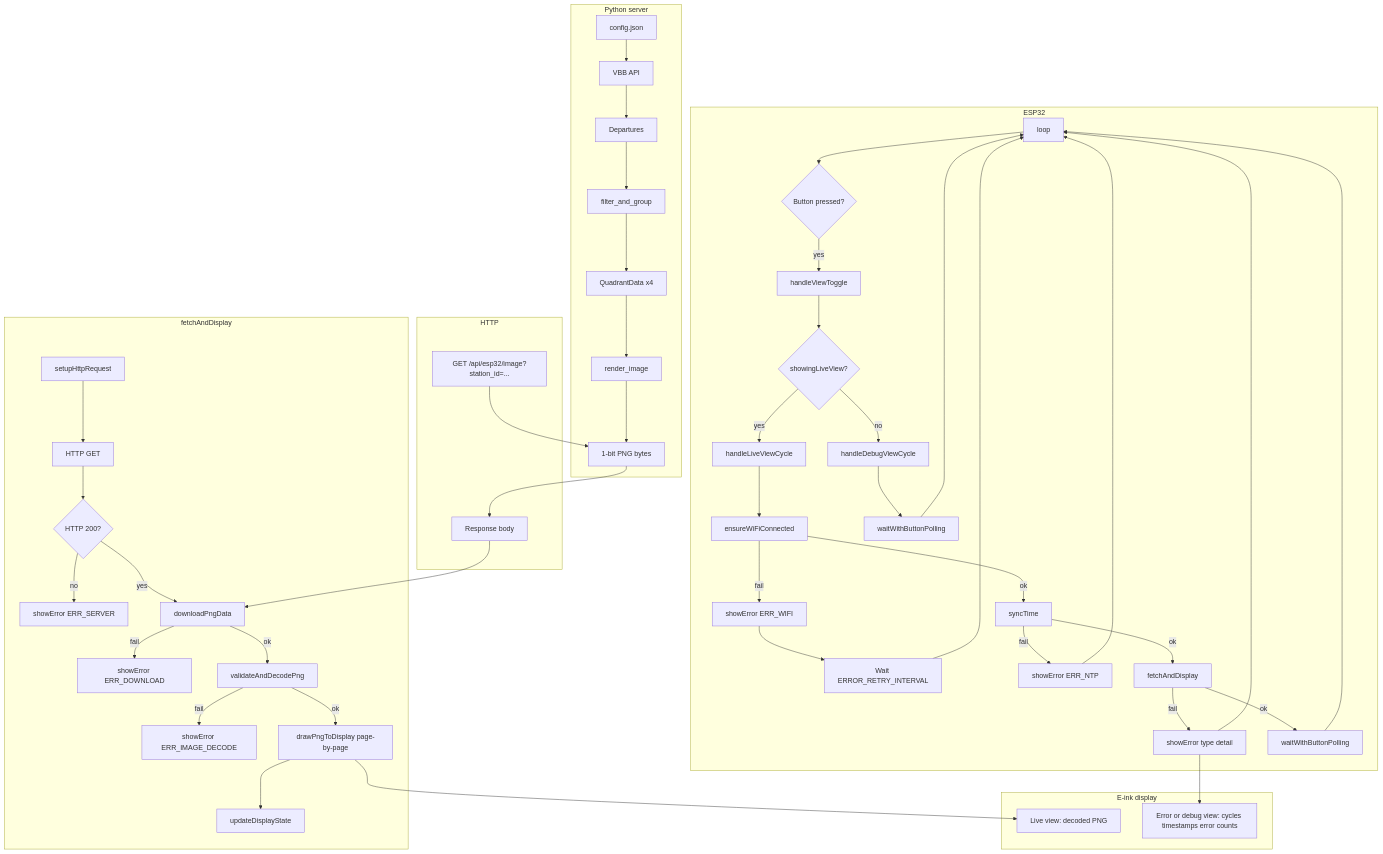
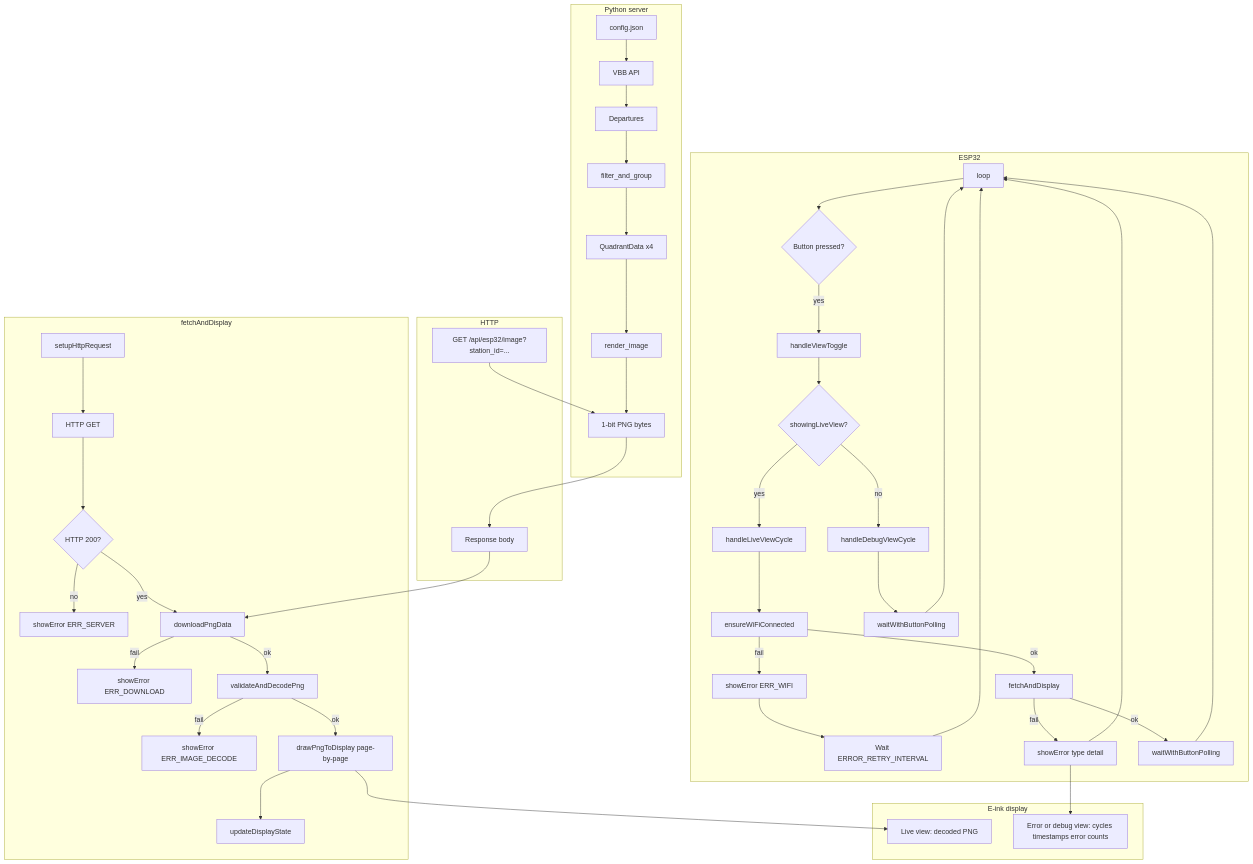
One commit to momonala/trainspotter changed the diagram in trainspotter_eink/README.md. Above: the diagram before and after it, drawn with Mermaid. The commit also changed other lines of this file and 1 other file, not shown here.

First line of the commit message:
feat(esp32): NTP at boot only, 10h scheduled reboot, simpler diagnostics

````diff
--- a/trainspotter_eink/README.md
+++ b/trainspotter_eink/README.md
@@ -27,66 +27,63 @@
 ```mermaid
 flowchart TB
   subgraph server [Python server]
     config[config.json]
     vbb[VBB API]
     config --> vbb
     vbb --> departures[Departures]
     departures --> filter[filter_and_group]
     filter --> quadrants[QuadrantData x4]
     quadrants --> render[render_image]
     render --> png[1-bit PNG bytes]
   end
 
   subgraph http [HTTP]
     get["GET /api/esp32/image?station_id=..."]
     get --> png
     png --> response[Response body]
   end
 
   subgraph esp32 [ESP32]
     loop[loop]
     loop --> button{Button pressed?}
     button -->|yes| toggle[handleViewToggle]
     toggle --> showLive{showingLiveView?}
     showLive -->|yes| liveCycle[handleLiveViewCycle]
     showLive -->|no| debugCycle[handleDebugViewCycle]
     
     liveCycle --> ensureWiFi[ensureWiFiConnected]
     ensureWiFi -->|fail| showErrorW[showError ERR_WIFI]
     showErrorW --> wait[Wait ERROR_RETRY_INTERVAL]
     wait --> loop
-    ensureWiFi -->|ok| sync[syncTime]
-    sync -->|fail| showErrorN[showError ERR_NTP]
-    showErrorN --> loop
-    sync -->|ok| fetch[fetchAndDisplay]
+    ensureWiFi -->|ok| fetch[fetchAndDisplay]
     fetch -->|fail| showErrorX[showError type detail]
     showErrorX --> loop
     fetch -->|ok| waitChunk[waitWithButtonPolling]
     waitChunk --> loop
     
     debugCycle --> waitDebug[waitWithButtonPolling]
     waitDebug --> loop
   end
 
   subgraph fetchDetail [fetchAndDisplay]
     setupHttp[setupHttpRequest]
     setupHttp --> httpGet[HTTP GET]
     httpGet --> checkCode{HTTP 200?}
     checkCode -->|no| errServer[showError ERR_SERVER]
     checkCode -->|yes| download[downloadPngData]
     download -->|fail| errDownload[showError ERR_DOWNLOAD]
     download -->|ok| validate[validateAndDecodePng]
     validate -->|fail| errDecode[showError ERR_IMAGE_DECODE]
     validate -->|ok| drawPng[drawPngToDisplay page-by-page]
     drawPng --> updateState[updateDisplayState]
   end
 
   subgraph display [E-ink display]
     liveView[Live view: decoded PNG]
     errorView[Error or debug view: cycles timestamps error counts]
   end
 
   response --> download
   drawPng --> liveView
   showErrorX --> errorView
 ```
````
